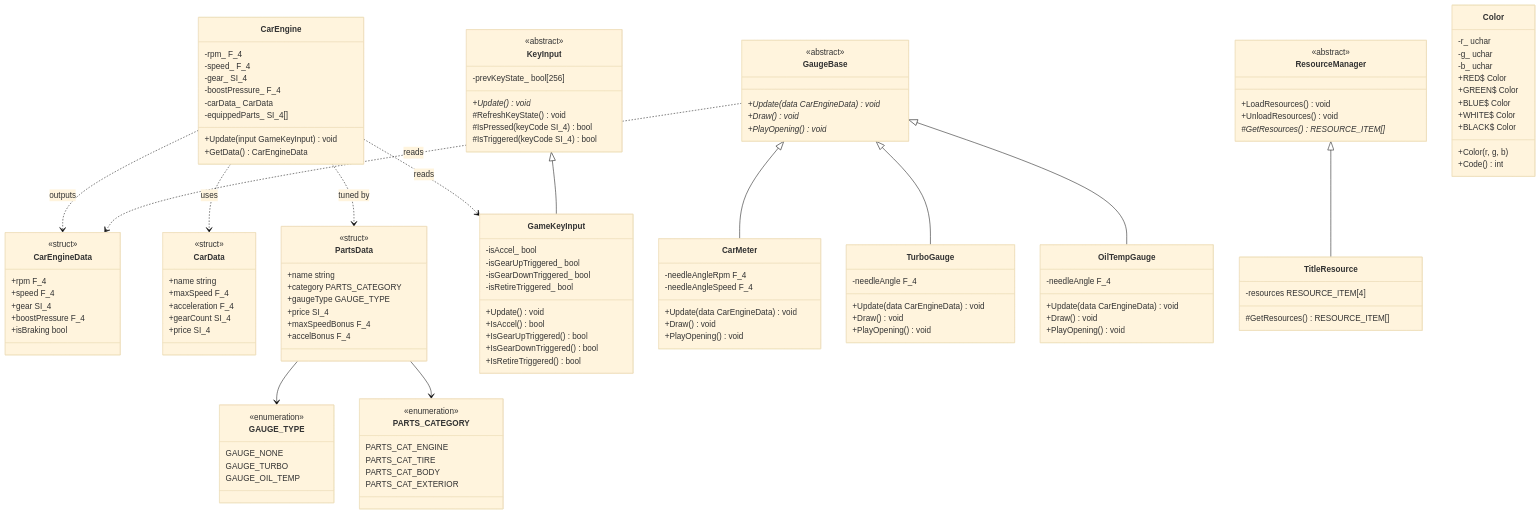
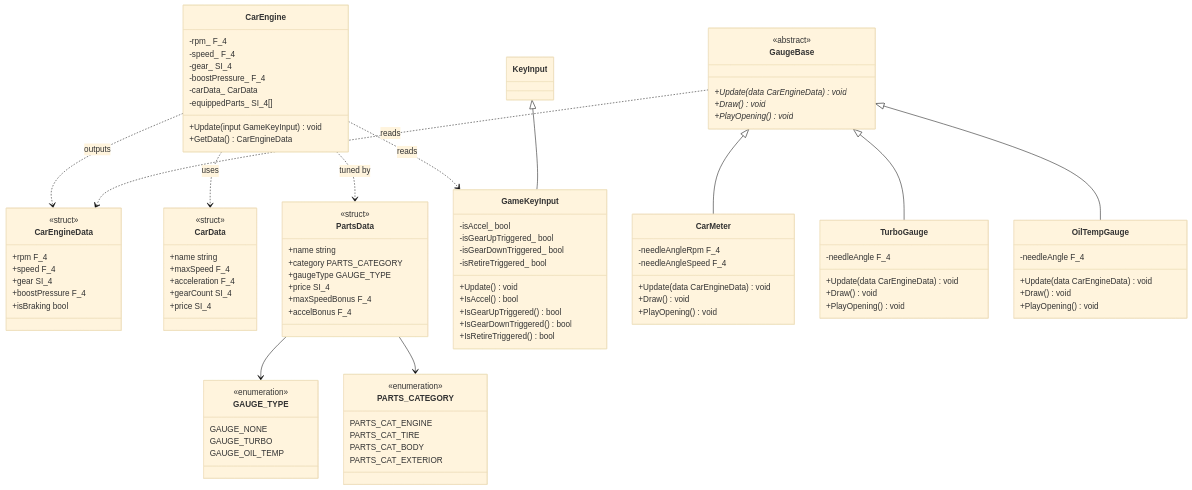
Before and after one commit to asukamekaru98/DragRaceGame2D: the diagram in spec/uml/diagrams/class.md, drawn with Mermaid (base theme). The commit also changed 6 other files, not shown here.

````diff
--- a/spec/uml/diagrams/class.md
+++ b/spec/uml/diagrams/class.md
@@ -27,14 +27,6 @@
     CarEngine ..> GameKeyInput  : reads
 
     %% ===== 入力層 =====
-    class KeyInput {
-        <<abstract>>
-        -prevKeyState_ bool[256]
-        +Update()* void
-        #RefreshKeyState() void
-        #IsPressed(keyCode SI_4) bool
-        #IsTriggered(keyCode SI_4) bool
-    }
 
     class GameKeyInput {
         -isAccel_ bool
@@ -123,31 +115,4 @@
     PartsData --> GAUGE_TYPE
     PartsData --> PARTS_CATEGORY
 
-    %% ===== リソース層 =====
-    class ResourceManager {
-        <<abstract>>
-        +LoadResources() void
-        +UnloadResources() void
-        #GetResources()* RESOURCE_ITEM[]
-    }
-
-    class TitleResource {
-        -resources RESOURCE_ITEM[4]
-        #GetResources() RESOURCE_ITEM[]
-    }
-
-    class Color {
-        -r_ uchar
-        -g_ uchar
-        -b_ uchar
-        +Color(r, g, b)
-        +Code() int
-        +RED$ Color
-        +GREEN$ Color
-        +BLUE$ Color
-        +WHITE$ Color
-        +BLACK$ Color
-    }
-
-    ResourceManager <|-- TitleResource
 ```
````
